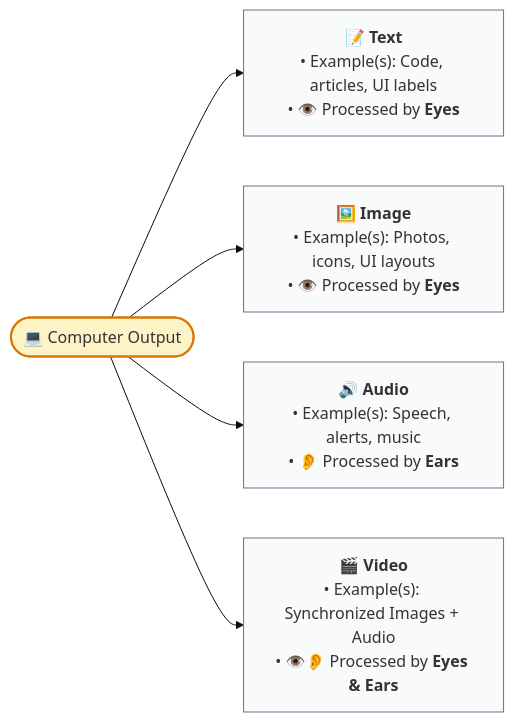
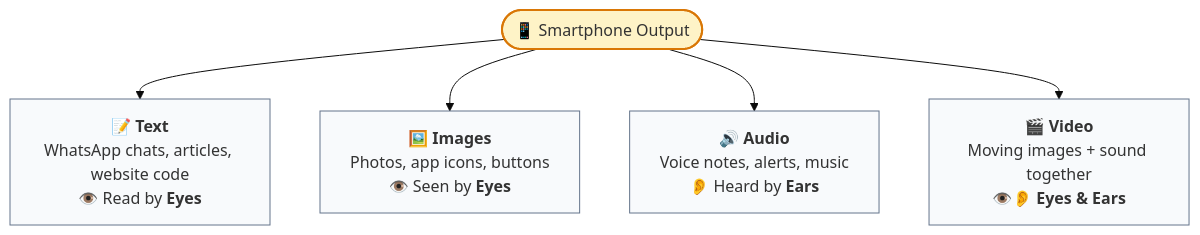
Before and after one commit to Mcc-Mak/kenya-digitalhub-ai-web-dev: the second of 7 diagrams in BLUEPRINT.md, drawn with Mermaid (base theme). The commit also changed other lines of this file, not shown here.

````diff
--- a/BLUEPRINT.md
+++ b/BLUEPRINT.md
@@ -50,17 +47,16 @@
 ```mermaid
-flowchart LR
-    CompOut(["💻 Computer Output"])
+flowchart TD
+    Phone(["📱 Smartphone Output"])
 
-    CompOut --> Text["📝 <b>Text</b><br/>• Example(s): Code, articles, UI labels<br/>• 👁️ Processed by <b>Eyes</b>"]
-    CompOut --> Image["🖼️ <b>Image</b><br/>• Example(s): Photos, icons, UI layouts<br/>• 👁️ Processed by <b>Eyes</b>"]
-    CompOut --> Audio["🔊 <b>Audio</b><br/>• Example(s): Speech, alerts, music<br/>• 👂 Processed by <b>Ears</b>"]
-    CompOut --> Video["🎬 <b>Video</b><br/>• Example(s): Synchronized Images + Audio<br/>• 👁️👂 Processed by <b>Eyes & Ears</b>"]
+    Phone --> Text["📝 <b>Text</b><br/>WhatsApp chats, articles, website code<br/>👁️ Read by <b>Eyes</b>"]
+    Phone --> Image["🖼️ <b>Images</b><br/>Photos, app icons, buttons<br/>👁️ Seen by <b>Eyes</b>"]
+    Phone --> Audio["🔊 <b>Audio</b><br/>Voice notes, alerts, music<br/>👂 Heard by <b>Ears</b>"]
+    Phone --> Video["🎬 <b>Video</b><br/>Moving images + sound together<br/>👁️👂 <b>Eyes & Ears</b>"]
 
-    style CompOut fill:#fef3c7,stroke:#d97706,stroke-width:2px
+    style Phone fill:#fef3c7,stroke:#d97706,stroke-width:2px
     style Text fill:#f8fafc,stroke:#64748b
     style Image fill:#f8fafc,stroke:#64748b
     style Audio fill:#f8fafc,stroke:#64748b
     style Video fill:#f8fafc,stroke:#64748b
 
-
 ```
````
